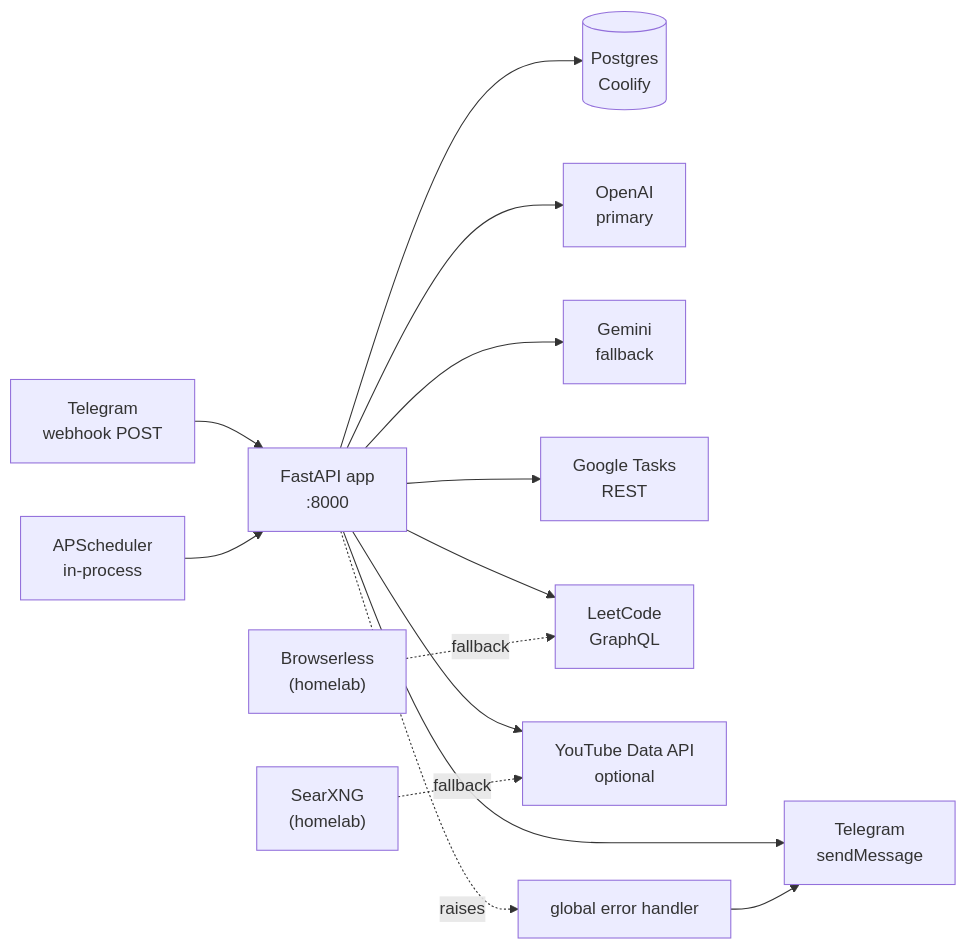
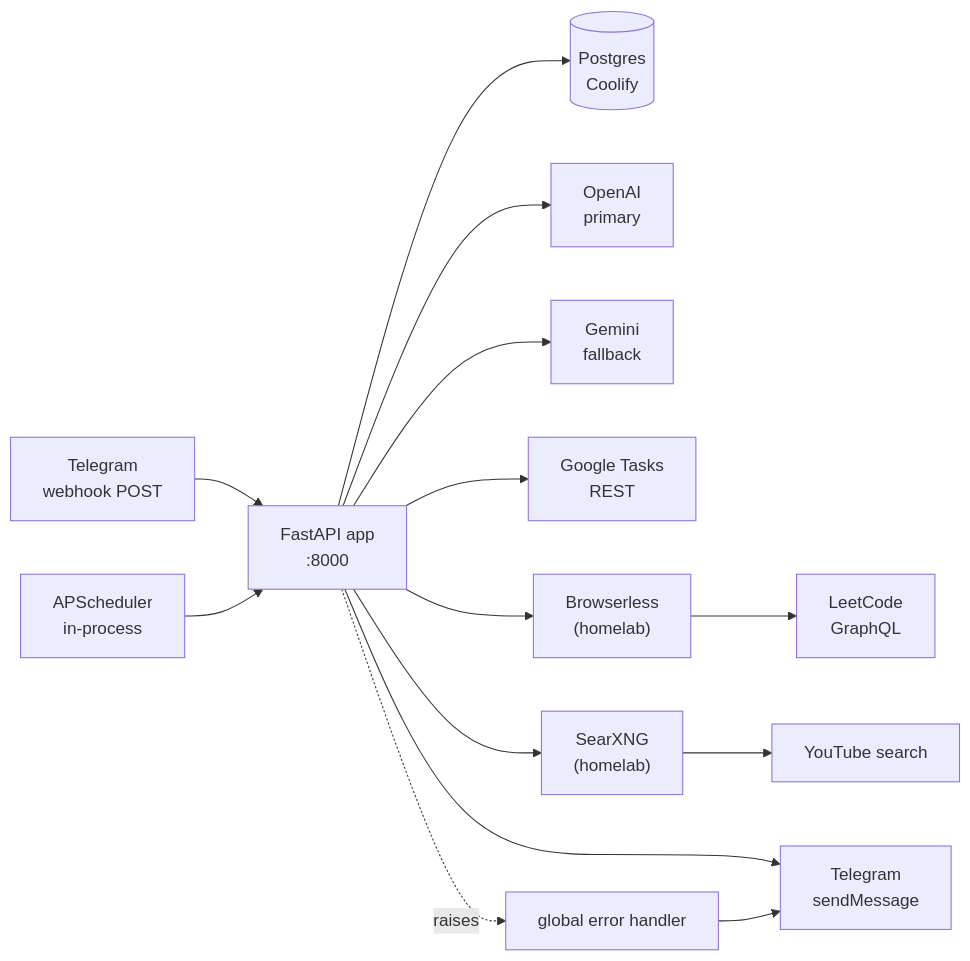
Before and after one commit to DurdeuVlad/leetcode-coach-service: the diagram in docs/architecture.md, drawn with Mermaid. The commit also changed other lines of this file and 13 other files, not shown here.

First line of the commit message:
homelab integrations: promote SearXNG + Browserless to primary

````diff
--- a/docs/architecture.md
+++ b/docs/architecture.md
@@ -108,16 +108,14 @@
 ```mermaid
 flowchart LR
     TG["Telegram<br/>webhook POST"] --> APP["FastAPI app<br/>:8000"]
     SCH["APScheduler<br/>in-process"] --> APP
     APP --> DB[("Postgres<br/>Coolify")]
     APP --> LLM["OpenAI<br/>primary"]
     APP --> LLMF["Gemini<br/>fallback"]
     APP --> GT["Google Tasks<br/>REST"]
-    APP --> LC["LeetCode<br/>GraphQL"]
-    APP --> YT["YouTube Data API<br/>optional"]
+    APP --> BL["Browserless<br/>(homelab)"] --> LC["LeetCode<br/>GraphQL"]
+    APP --> SX["SearXNG<br/>(homelab)"] --> YT["YouTube search"]
     APP --> TG_OUT["Telegram<br/>sendMessage"]
     ERR["global error handler"] --> TG_OUT
     APP -.raises.-> ERR
-    BL["Browserless<br/>(homelab)"] -. fallback .-> LC
-    SX["SearXNG<br/>(homelab)"] -. fallback .-> YT
 ```
````
